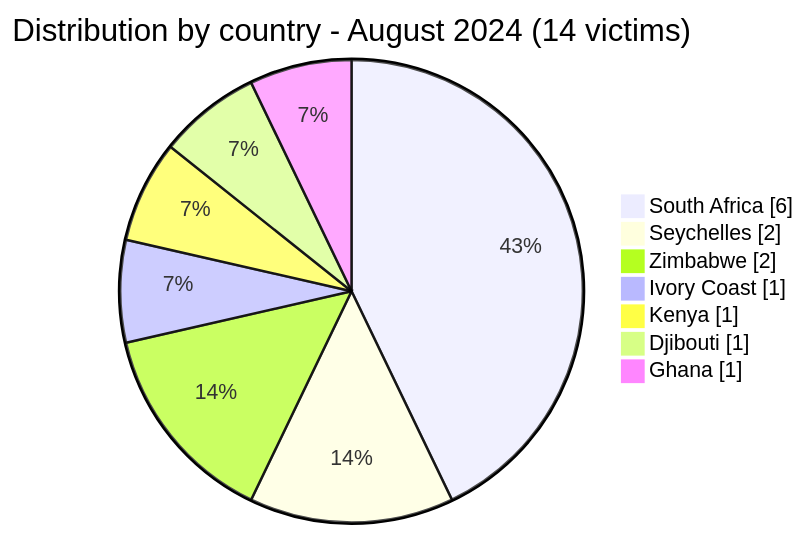
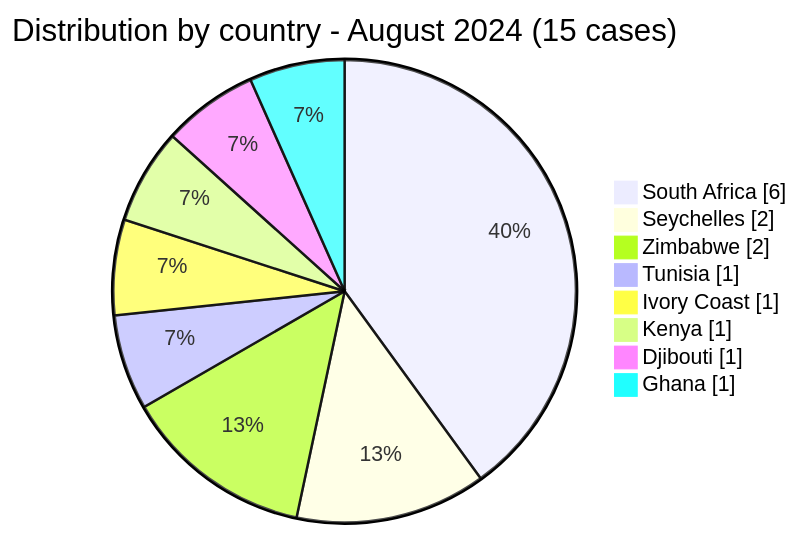
The second of 5 diagrams in CyberAttackAfrica/2024/08-august/README.md (Hatchepsoute/AFRINTEL), drawn with Mermaid before and after one commit. The commit also changed other lines of this file and 255 other files, not shown here.

````diff
--- a/CyberAttackAfrica/2024/08-august/README.md
+++ b/CyberAttackAfrica/2024/08-august/README.md
@@ -80,11 +82,12 @@
 ```mermaid
 pie showData
-    title Distribution by country - August 2024 (14 victims)
+    title Distribution by country - August 2024 (15 cases)
     "South Africa" : 6
     "Seychelles" : 2
     "Zimbabwe" : 2
+    "Tunisia" : 1
     "Ivory Coast" : 1
     "Kenya" : 1
     "Djibouti" : 1
     "Ghana" : 1
 ```
````
